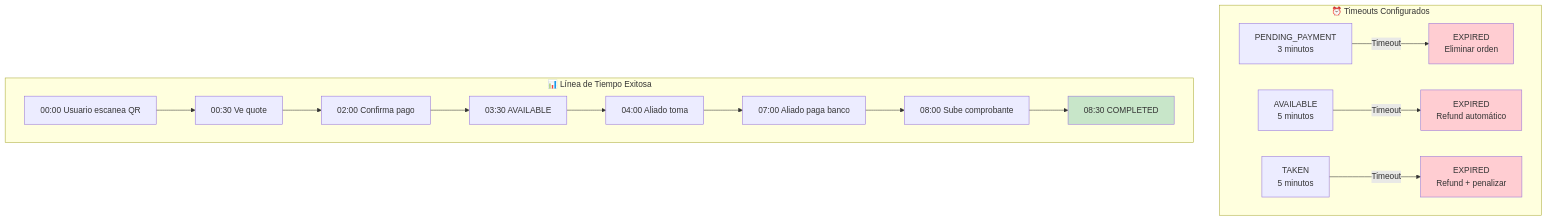
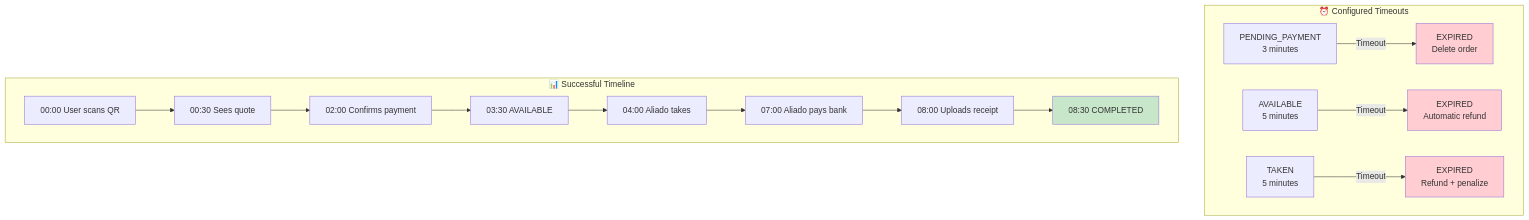
The fifth of 8 diagrams in 02-estados-y-flujos.md (kibo-project/Kibo-Wiki), drawn with Mermaid before and after one commit. The commit also changed other lines of this file and 5 other files, not shown here.

````diff
--- a/02-estados-y-flujos.md
+++ b/02-estados-y-flujos.md
@@ -298,23 +298,23 @@
 ```mermaid
 graph TB
-    subgraph "⏰ Timeouts Configurados"
-        A[PENDING_PAYMENT<br/>3 minutos] -->|Timeout| B[EXPIRED<br/>Eliminar orden]
-        C[AVAILABLE<br/>5 minutos] -->|Timeout| D[EXPIRED<br/>Refund automático]
-        E[TAKEN<br/>5 minutos] -->|Timeout| F[EXPIRED<br/>Refund + penalizar]
+    subgraph "⏰ Configured Timeouts"
+        A[PENDING_PAYMENT<br/>3 minutes] -->|Timeout| B[EXPIRED<br/>Delete order]
+        C[AVAILABLE<br/>5 minutes] -->|Timeout| D[EXPIRED<br/>Automatic refund]
+        E[TAKEN<br/>5 minutes] -->|Timeout| F[EXPIRED<br/>Refund + penalize]
     end
     
-    subgraph "📊 Línea de Tiempo Exitosa"
-        T0[00:00 Usuario escanea QR] --> T1[00:30 Ve quote]
-        T1 --> T2[02:00 Confirma pago]
+    subgraph "📊 Successful Timeline"
+        T0[00:00 User scans QR] --> T1[00:30 Sees quote]
+        T1 --> T2[02:00 Confirms payment]
         T2 --> T3[03:30 AVAILABLE]
-        T3 --> T4[04:00 Aliado toma]
-        T4 --> T5[07:00 Aliado paga banco]
-        T5 --> T6[08:00 Sube comprobante]
+        T3 --> T4[04:00 Aliado takes]
+        T4 --> T5[07:00 Aliado pays bank]
+        T5 --> T6[08:00 Uploads receipt]
         T6 --> T7[08:30 COMPLETED]
     end
     
     style B fill:#ffcdd2
     style D fill:#ffcdd2
     style F fill:#ffcdd2
     style T7 fill:#c8e6c9
 ```
````
